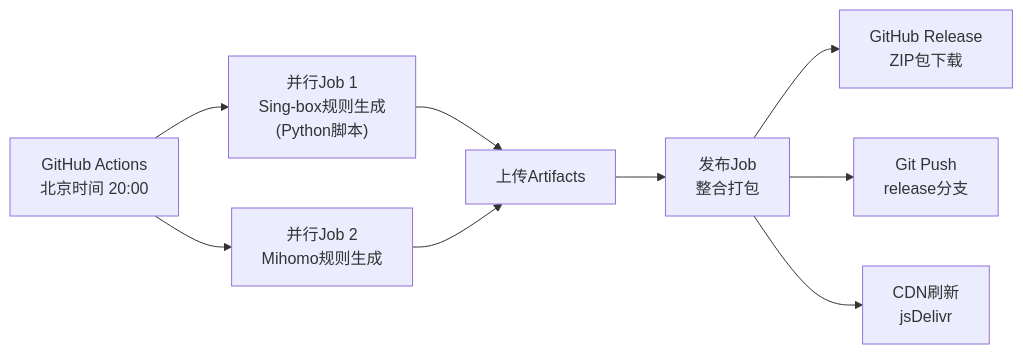
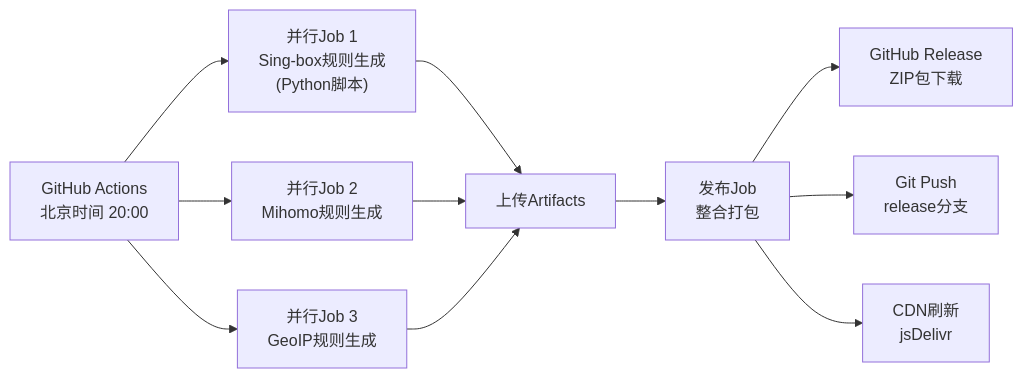
The diagram in README.md (proother/rule_singbox_mihomo), drawn with Mermaid before and after one commit. The commit also changed other lines of this file and 2 other files, not shown here.

````diff
--- a/README.md
+++ b/README.md
@@ -110,19 +137,22 @@
 ```mermaid
 graph LR
     A["GitHub Actions
     北京时间 20:00"] --> B["并行Job 1
     Sing-box规则生成
     (Python脚本)"]
     A --> C["并行Job 2
     Mihomo规则生成"]
-    B --> D[上传Artifacts]
-    C --> D
-    D --> E["发布Job
+    A --> D["并行Job 3
+    GeoIP规则生成"]
+    B --> E[上传Artifacts]
+    C --> E
+    D --> E
+    E --> F["发布Job
     整合打包"]
-    E --> F["GitHub Release
+    F --> G["GitHub Release
     ZIP包下载"]
-    E --> G["Git Push
+    F --> H["Git Push
     release分支"]
-    E --> H["CDN刷新
+    F --> I["CDN刷新
     jsDelivr"]
 ```
````
